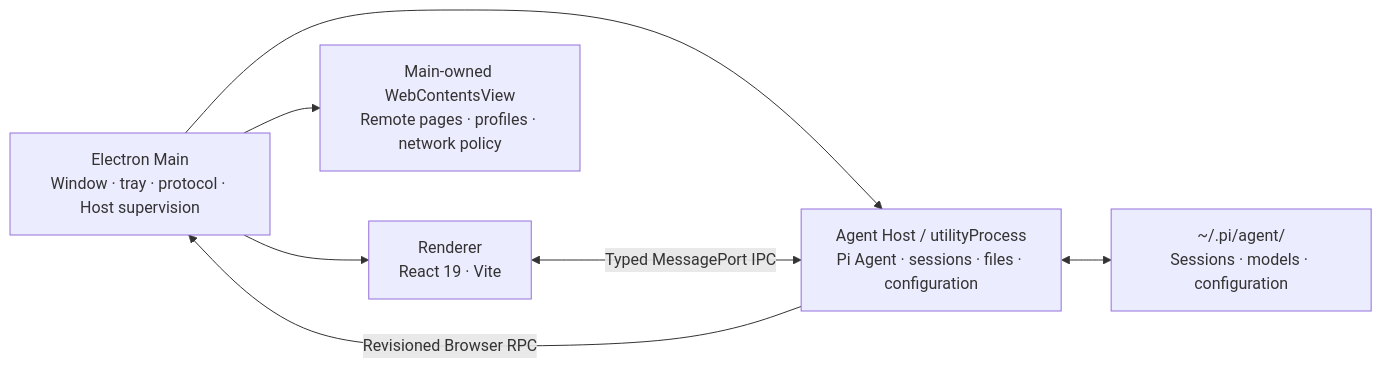
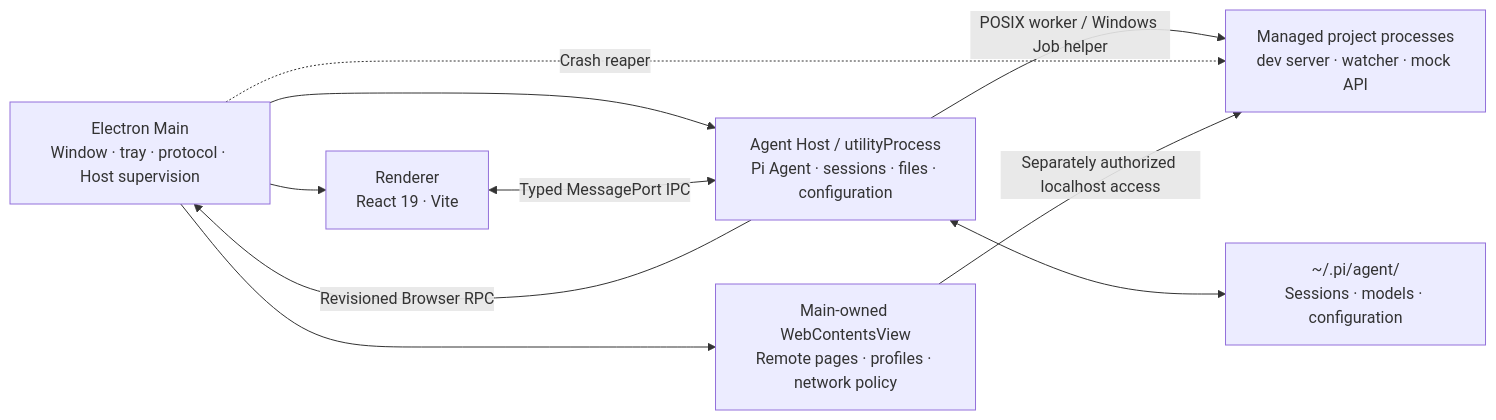
One commit to DLYZZT/pi-desktop changed the diagram in README.en.md. Above: the diagram before and after it, drawn with Mermaid. The commit also changed other lines of this file and 3 other files, not shown here.

````diff
--- a/README.en.md
+++ b/README.en.md
@@ -151,15 +161,19 @@
 ```mermaid
 flowchart LR
     Main["Electron Main<br/>Window · tray · protocol · Host supervision"]
     Host["Agent Host / utilityProcess<br/>Pi Agent · sessions · files · configuration"]
     UI["Renderer<br/>React 19 · Vite"]
     Browser["Main-owned WebContentsView<br/>Remote pages · profiles · network policy"]
+    Processes["Managed project processes<br/>dev server · watcher · mock API"]
     Data["~/.pi/agent/<br/>Sessions · models · configuration"]
 
     Main --> Host
     Main --> UI
     Main --> Browser
     Host -->|"Revisioned Browser RPC"| Main
+    Host -->|"POSIX worker / Windows Job helper"| Processes
+    Main -.->|"Crash reaper"| Processes
+    Browser -->|"Separately authorized localhost access"| Processes
     UI <-->|"Typed MessagePort IPC"| Host
     Host <--> Data
 ```
````
